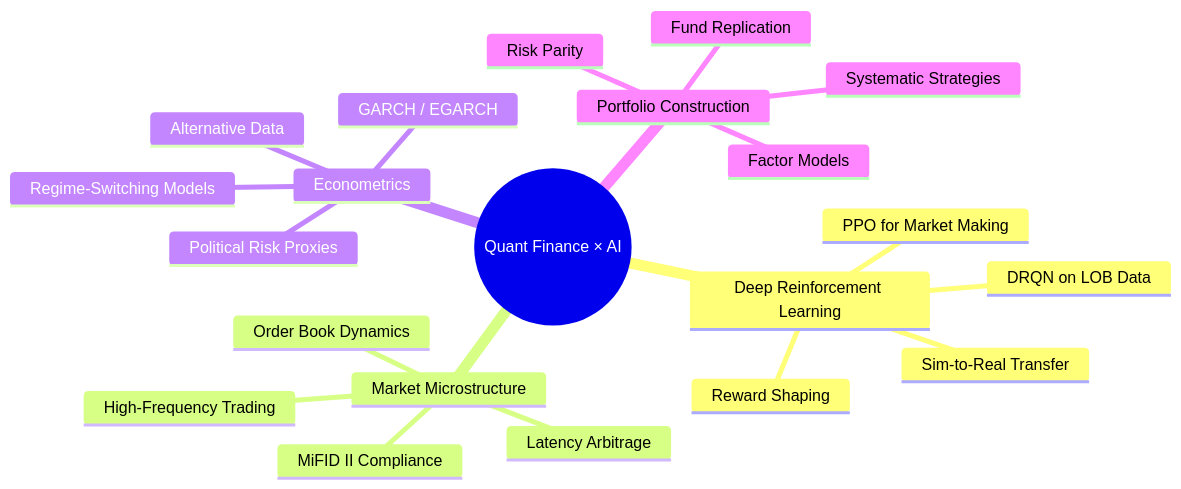
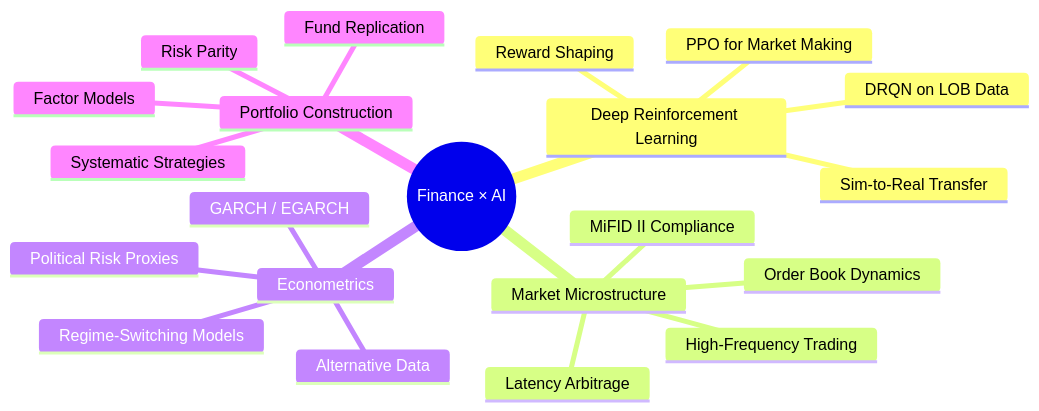
Before and after one commit to BenPfeffer-bot/BenPfeffer-bot: the diagram in README.md, drawn with Mermaid. The commit also changed other lines of this file, not shown here.

````diff
--- a/README.md
+++ b/README.md
@@ -156,24 +155,24 @@
 ```mermaid
 mindmap
-  root((Quant Finance × AI))
+  root((Finance × AI))
     Deep Reinforcement Learning
       PPO for Market Making
       DRQN on LOB Data
       Reward Shaping
       Sim-to-Real Transfer
     Market Microstructure
       Order Book Dynamics
       High-Frequency Trading
       Latency Arbitrage
       MiFID II Compliance
     Econometrics
       GARCH / EGARCH
       Regime-Switching Models
       Alternative Data
       Political Risk Proxies
     Portfolio Construction
       Factor Models
       Risk Parity
       Fund Replication
       Systematic Strategies
 ```
````
